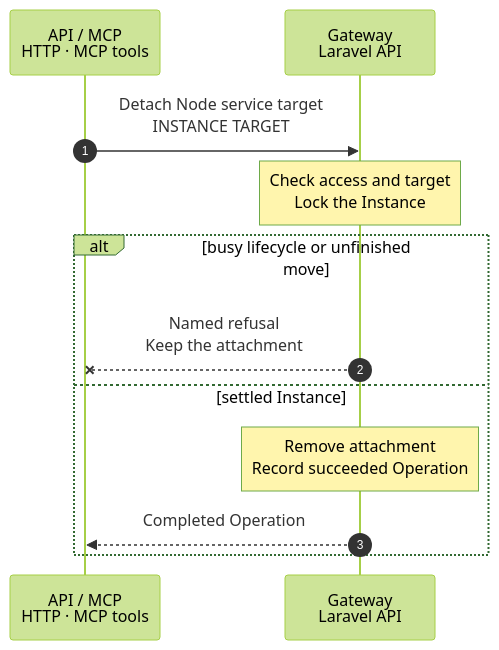
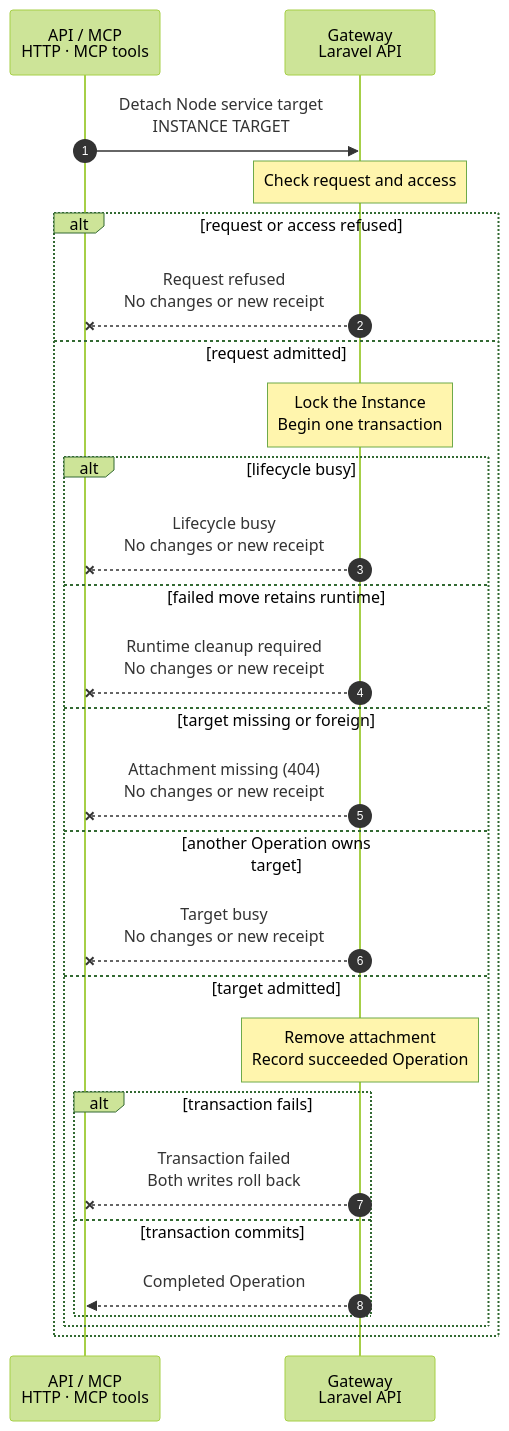
The diagram in docs/cli/instance/node-service-detach.mmd (hardimpactdev/orbit), drawn with Mermaid (forest theme) before and after one commit. The commit also changed 2 other files, not shown here.

Commit message:
docs(instances): publish complete node service detach flow

```diff
--- a/docs/cli/instance/node-service-detach.mmd
+++ b/docs/cli/instance/node-service-detach.mmd
@@ -1,23 +1,50 @@
 sequenceDiagram
+  %% Record-only detach: the Gateway action and shared admission guards.
   %% status: draft
   %% command: instance:node-service:detach
   %% kind: instance.node_service_detach
   autonumber
   %% lane CALL icon=terminal pill=caller tone=gray
   %% lane GW icon=gateway pill=intent tone=blue
   participant CALL as API / MCP<br/>HTTP · MCP tools
   participant GW as Gateway<br/>Laravel API
   CALL->>GW: Detach Node service target<br/>INSTANCE TARGET
-  %%> Command:
-  %%> - syntax: instance:node-service:detach
-  Note over GW: Check access and target<br/>Lock the Instance
-  alt busy lifecycle or unfinished move
-    GW--xCALL: Named refusal<br/>Keep the attachment
-  else settled Instance
-    Note over GW: Remove attachment<br/>Record succeeded Operation
-    %%> Scope:
-    %%> - Applies after successful migration too.
-    %%> - Changes only the attachment record and Operation receipt.
-    %%> - No network, environment or runtime changes.
-    GW-->>CALL: Completed Operation
+  Note over GW: Check request and access
+  %%> On failure:
+  %%> - peer.identity_unknown or node_access.required (403): the caller lacks authority.
+  %%> - http.404 (404) or env.target_ambiguous (409): the Instance cannot be resolved.
+  %%> - validation.failed (422) or operation.idempotency_conflict (409): the request key is invalid or conflicts.
+  %%> - Every refusal leaves state unchanged and creates no new receipt.
+  alt request or access refused
+    GW--xCALL: Request refused<br/>No changes or new receipt
+  else request admitted
+    Note over GW: Lock the Instance<br/>Begin one transaction
+    alt lifecycle busy
+      GW--xCALL: Lifecycle busy<br/>No changes or new receipt
+      %%> On failure:
+      %%> - instance.lifecycle_busy (409): the Instance is not active, migration is running or a detach is already running.
+    else failed move retains runtime
+      GW--xCALL: Runtime cleanup required<br/>No changes or new receipt
+      %%> On failure:
+      %%> - instance.node_service_runtime_cleanup_required (409): retry instance:migrate to finish or restore the move before detaching.
+    else target missing or foreign
+      GW--xCALL: Attachment missing (404)<br/>No changes or new receipt
+      %%> On failure:
+      %%> - instance.node_service_target_missing: the attachment must belong to the selected Instance.
+    else another Operation owns target
+      GW--xCALL: Target busy<br/>No changes or new receipt
+      %%> On failure:
+      %%> - operation.target_busy (409): the Instance's Operation lock is held.
+    else target admitted
+      Note over GW: Remove attachment<br/>Record succeeded Operation
+      %%> When:
+      %%> - The Instance uses its checkout or has completed migration successfully.
+      alt transaction fails
+        GW--xCALL: Transaction failed<br/>Both writes roll back
+        %%> On failure:
+        %%> - The attachment remains and no new receipt is persisted, including no failed receipt.
+      else transaction commits
+        GW-->>CALL: Completed Operation
+      end
+    end
   end
```
